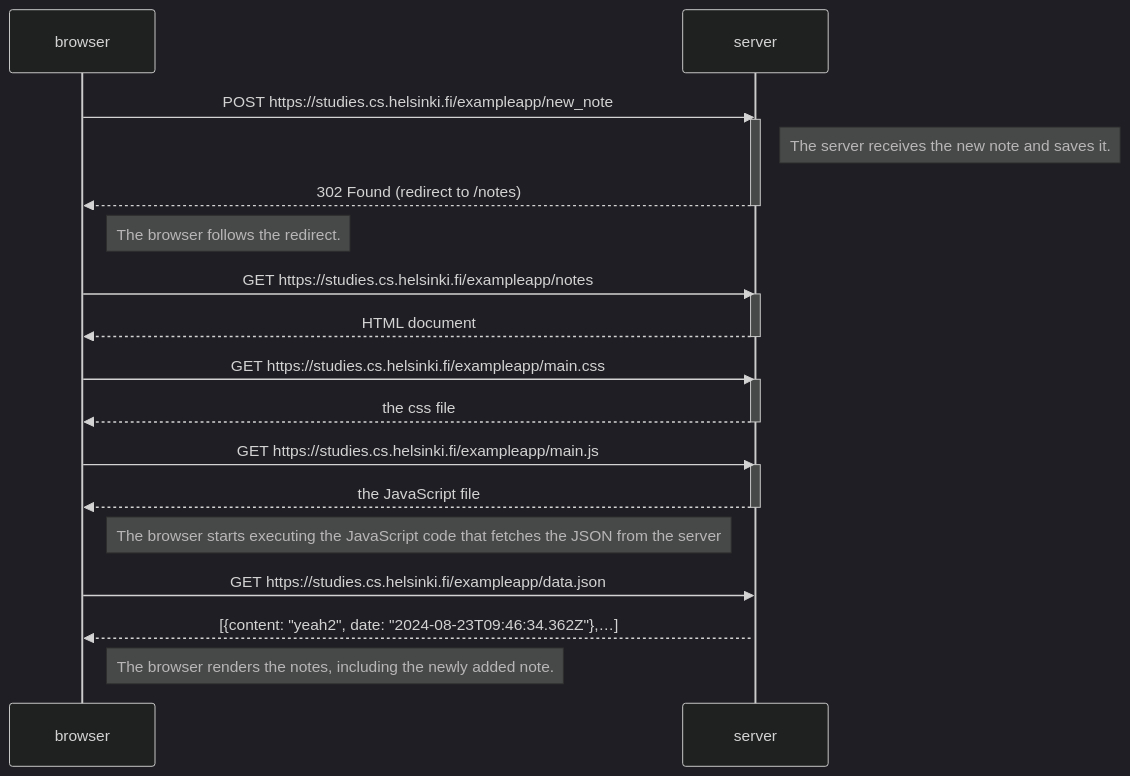
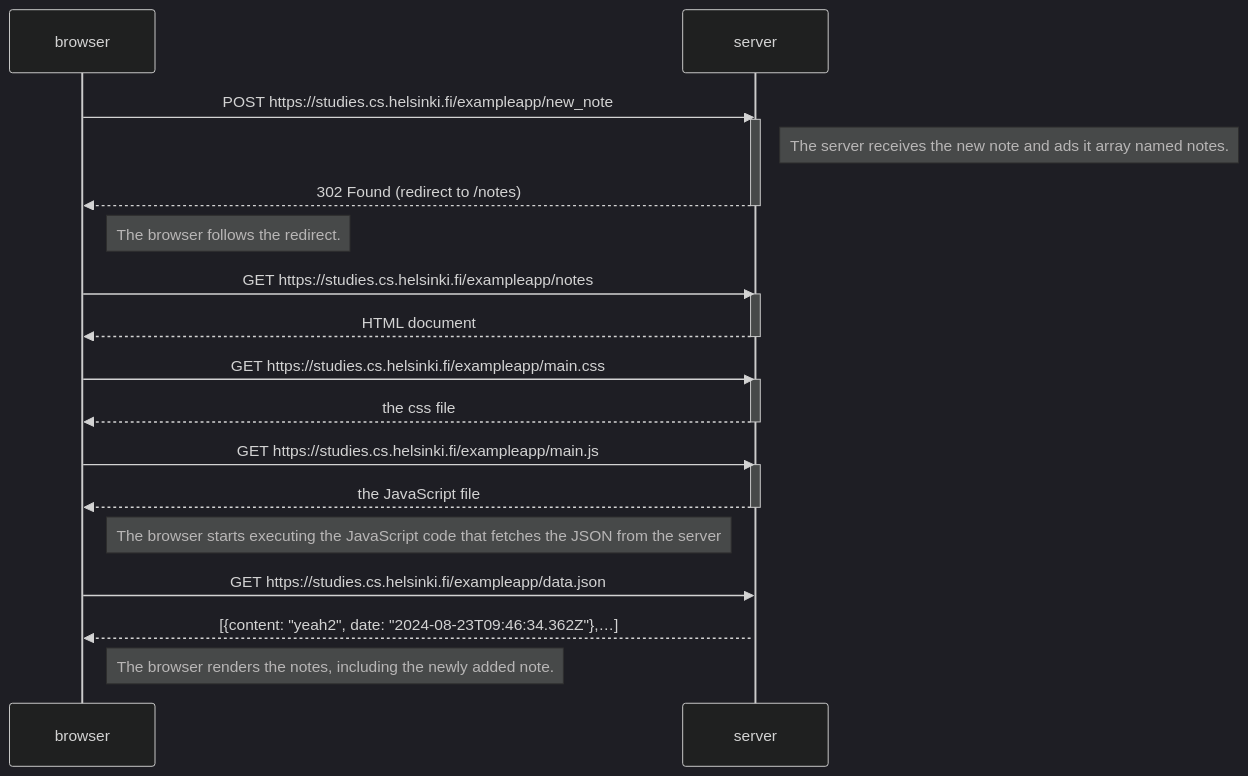
One commit to jova486/Fullstack changed the diagram in osa0/04.md. Above: the diagram before and after it, drawn with Mermaid (dark theme).

Commit message:
Correction to 04.md

````diff
--- a/osa0/04.md
+++ b/osa0/04.md
@@ -1,38 +1,38 @@
 ```mermaid
 sequenceDiagram
     participant browser
     participant server
 
     browser->>server: POST https://studies.cs.helsinki.fi/exampleapp/new_note
     activate server
-    Note right of server: The server receives the new note and saves it.
+    Note right of server: The server receives the new note and ads it array named notes.
     server-->>browser: 302 Found (redirect to /notes)
     deactivate server
 
     Note right of browser: The browser follows the redirect.
 
     browser->>server: GET https://studies.cs.helsinki.fi/exampleapp/notes
     activate server
     server-->>browser: HTML document
     deactivate server
 
     browser->>server: GET https://studies.cs.helsinki.fi/exampleapp/main.css
     activate server
     server-->>browser: the css file
     deactivate server
 
     browser->>server: GET https://studies.cs.helsinki.fi/exampleapp/main.js
     activate server
     server-->>browser: the JavaScript file
     deactivate server
 
     Note right of browser: The browser starts executing the JavaScript code that fetches the JSON from the server
 
     browser->>server: GET https://studies.cs.helsinki.fi/exampleapp/data.json
     activate server
     server-->>browser: [{content: "yeah2", date: "2024-08-23T09:46:34.362Z"},…]
 
 
     Note right of browser: The browser renders the notes, including the newly added note.
 
 ```
````
